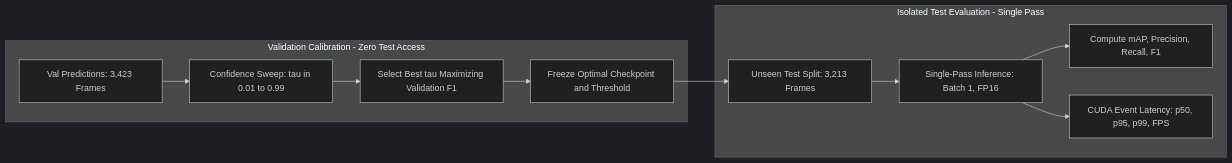
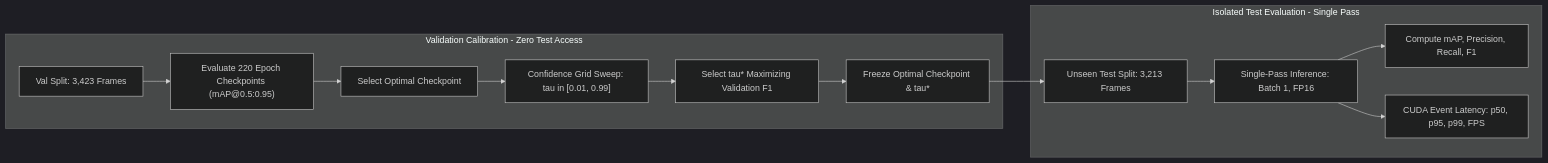
One commit to IamOumarIbrahim/DMS-Eval changed the diagram in docs/evaluation-protocol.md. Above: the diagram before and after it, drawn with Mermaid (dark theme). The commit also changed other lines of this file and 50 other files, not shown here.

````diff
--- a/docs/evaluation-protocol.md
+++ b/docs/evaluation-protocol.md
@@ -146,15 +147,17 @@
 ```mermaid
 flowchart LR
     subgraph Val["Validation Calibration - Zero Test Access"]
-        V1["Val Predictions: 3,423 Frames"] --> V2["Confidence Sweep: tau in 0.01 to 0.99"]
-        V2 --> V3["Select Best tau Maximizing Validation F1"]
-        V3 --> V4["Freeze Optimal Checkpoint and Threshold"]
+        V1["Val Split: 3,423 Frames"] --> V2["Evaluate 220 Epoch Checkpoints (mAP@0.5:0.95)"]
+        V2 --> V3["Select Optimal Checkpoint"]
+        V3 --> V4["Confidence Grid Sweep: tau in [0.01, 0.99]"]
+        V4 --> V5["Select tau* Maximizing Validation F1"]
+        V5 --> V6["Freeze Optimal Checkpoint & tau*"]
     end
 
     subgraph Test["Isolated Test Evaluation - Single Pass"]
-        V4 --> T1["Unseen Test Split: 3,213 Frames"]
+        V6 --> T1["Unseen Test Split: 3,213 Frames"]
         T1 --> T2["Single-Pass Inference: Batch 1, FP16"]
         T2 --> T3["Compute mAP, Precision, Recall, F1"]
         T2 --> T4["CUDA Event Latency: p50, p95, p99, FPS"]
     end
 ```
````
